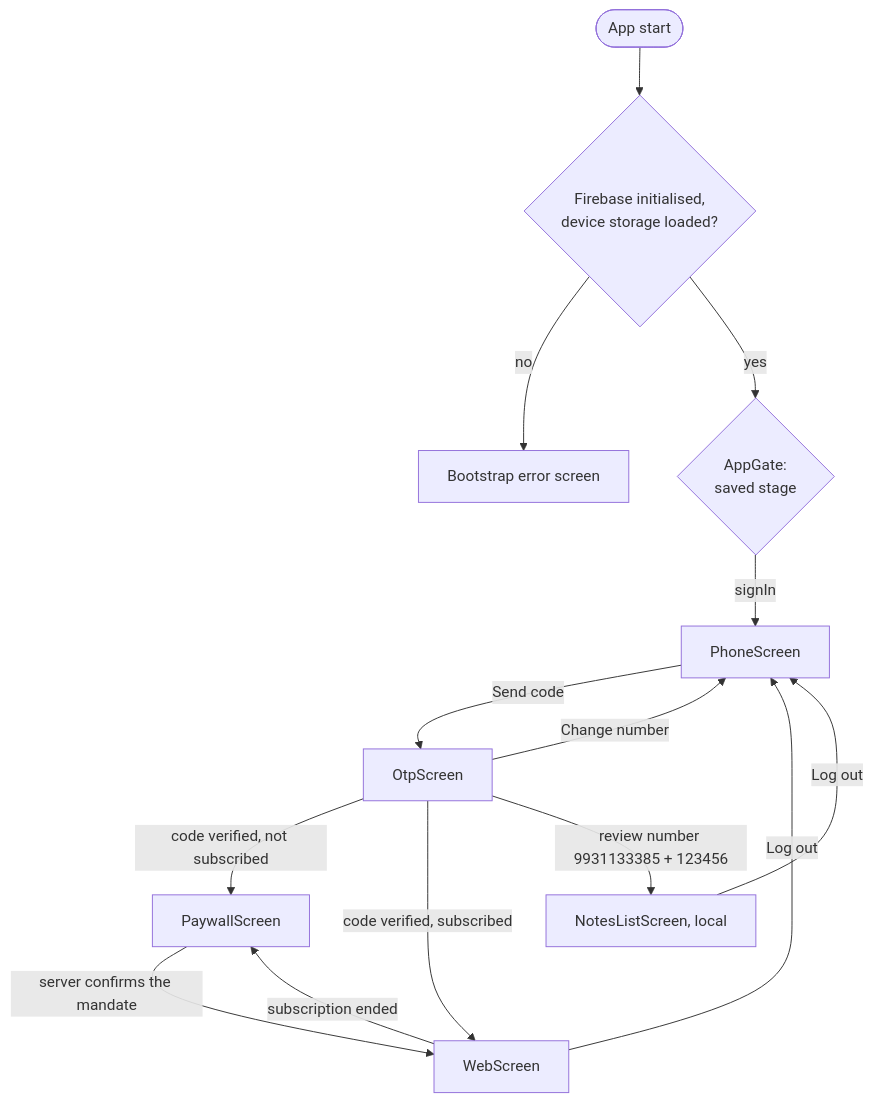
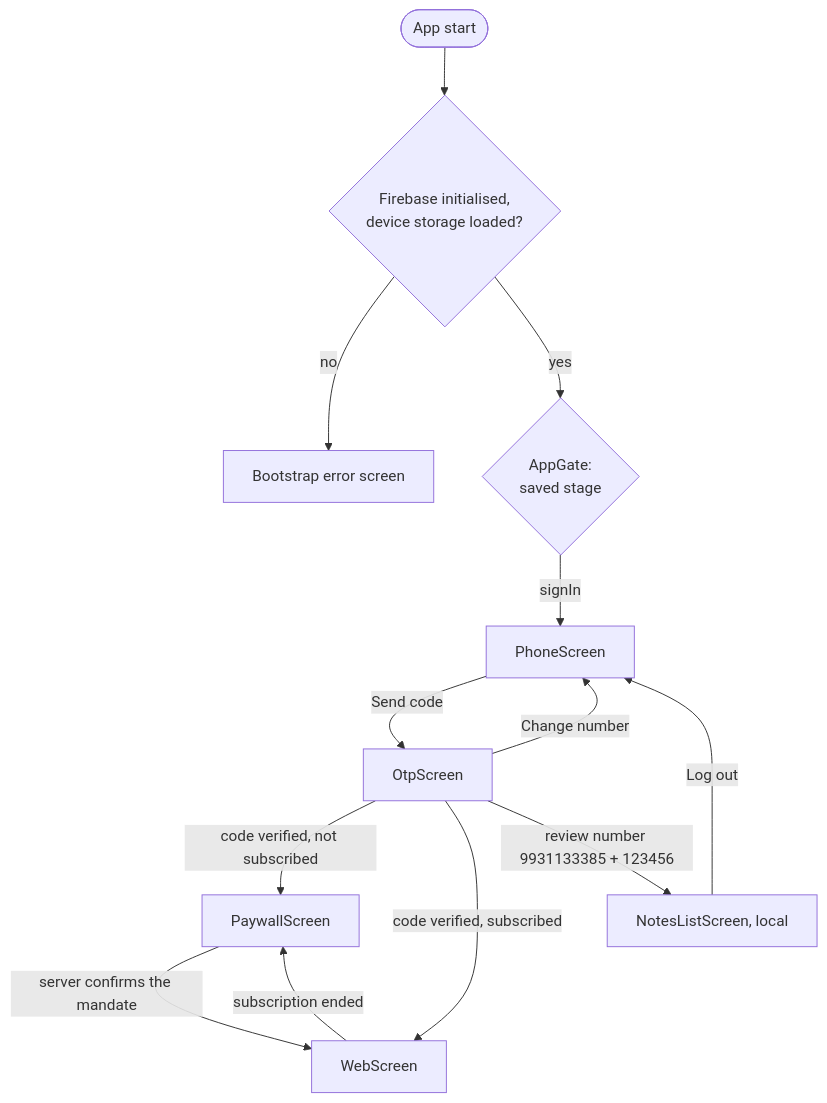
Before and after one commit to ayuzhBhakti/notes_app: the diagram in docs/03-app-flow.md, drawn with Mermaid. The commit also changed 53 other files, not shown here.

````diff
--- a/docs/03-app-flow.md
+++ b/docs/03-app-flow.md
@@ -7,16 +7,15 @@
 ```mermaid
 flowchart TD
     Start([App start]) --> Init{Firebase initialised,<br/>device storage loaded?}
     Init -- no --> BootErr[Bootstrap error screen]
     Init -- yes --> Gate{AppGate:<br/>saved stage}
     Gate -- signIn --> Phone[PhoneScreen]
     Phone -- Send code --> Otp[OtpScreen]
     Otp -- Change number --> Phone
     Otp -- code verified, not subscribed --> Paywall[PaywallScreen]
     Otp -- code verified, subscribed --> Web[WebScreen]
     Otp -- review number 9931133385 + 123456 --> Notes[NotesListScreen, local]
     Paywall -- server confirms the mandate --> Web
-    Web -- Log out --> Phone
     Web -- subscription ended --> Paywall
     Notes -- Log out --> Phone
 ```
````
